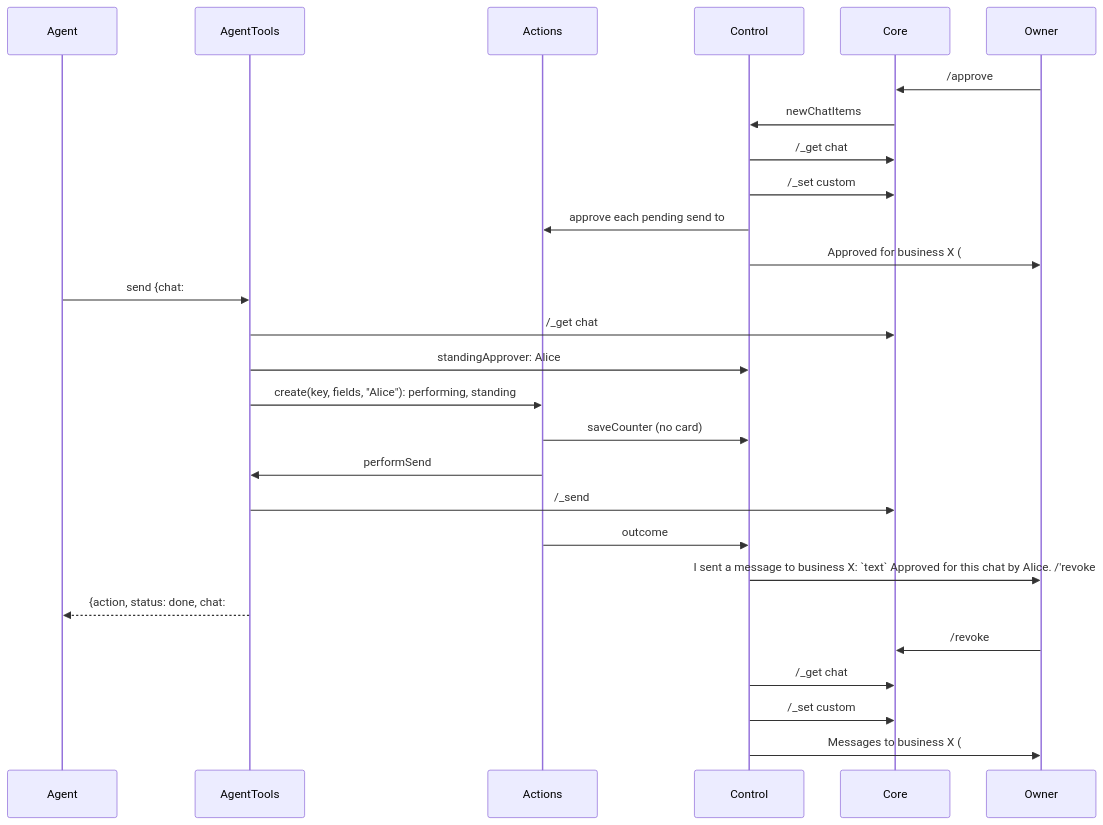
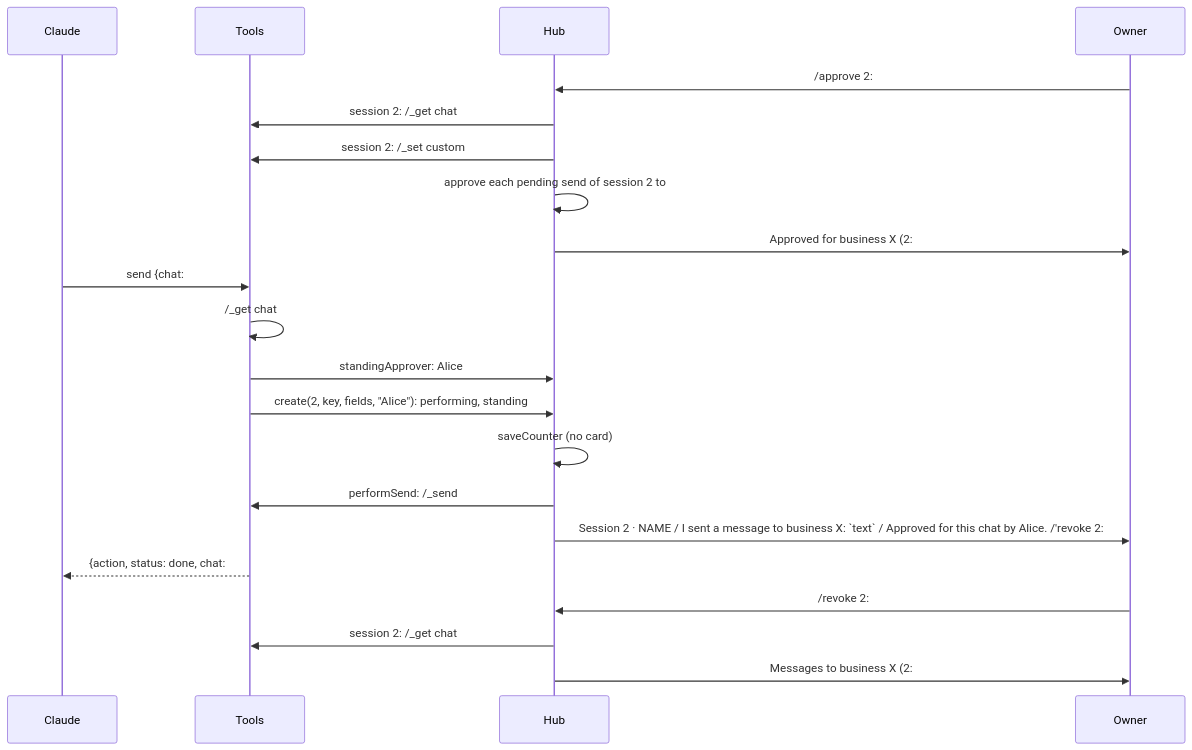
The sixth of 15 diagrams in packages/simplex-chat-mcp/spec/flows.md (simplex-chat/simplex-chat), drawn with Mermaid before and after one commit. The commit also changed other lines of this file and 7 other files, not shown here.

````diff
--- a/packages/simplex-chat-mcp/spec/flows.md
+++ b/packages/simplex-chat-mcp/spec/flows.md
@@ -281,29 +260,23 @@
 ```mermaid
 sequenceDiagram
-  participant A as Agent
-  participant T as AgentTools
-  participant X as Actions
-  participant K as Control
-  participant C as Core
+  participant C as Claude
+  participant T as Tools
+  participant H as Hub
   participant O as Owner
-  O->>C: /approve #9 all (on a pending send card)
-  C->>K: newChatItems
-  K->>C: /_get chat #9 count=0
-  K->>C: /_set custom #9 {"simplexMcp":{"approvedBy":"Alice","approvedById":3,"approvedAt":"..."}}
-  K->>X: approve each pending send to #9 with a card
-  K->>O: Approved for business X (#9) by Alice. /'revoke #9'
-  A->>T: send {chat: #9, text}
-  T->>C: /_get chat #9 count=0
-  T->>K: standingApprover: Alice
-  T->>X: create(key, fields, "Alice"): performing, standing
-  X->>K: saveCounter (no card)
-  X->>T: performSend
-  T->>C: /_send #9 json [...]
-  X->>K: outcome
-  K->>O: I sent a message to business X: `text` Approved for this chat by Alice. /'revoke #9'
-  T-->>A: {action, status: done, chat: #9, item, responses, more}
-  O->>C: /revoke #9
-  K->>C: /_get chat #9 count=0
-  K->>C: /_set custom #9 {other keys}
-  K->>O: Messages to business X (#9) need approval again.
+  O->>H: /approve 2:#9 all (on a pending send card of session 2)
+  H->>T: session 2: /_get chat #9 count=0
+  H->>T: session 2: /_set custom #9 {"simplexMcp":{"approvedBy":"Alice","approvedById":3,"approvedAt":"..."}}
+  H->>H: approve each pending send of session 2 to #9 with a card
+  H->>O: Approved for business X (2:#9) by Alice. /'revoke 2:#9'
+  C->>T: send {chat: #9, text}
+  T->>T: /_get chat #9 count=0
+  T->>H: standingApprover: Alice
+  T->>H: create(2, key, fields, "Alice"): performing, standing
+  H->>H: saveCounter (no card)
+  H->>T: performSend: /_send #9 json [...]
+  H->>O: Session 2 · NAME / I sent a message to business X: `text` / Approved for this chat by Alice. /'revoke 2:#9'
+  T-->>C: {action, status: done, chat: #9, item, responses, more}
+  O->>H: /revoke 2:#9
+  H->>T: session 2: /_get chat #9 count=0, /_set custom #9 {other keys}
+  H->>O: Messages to business X (2:#9) need approval again.
 ```
````
